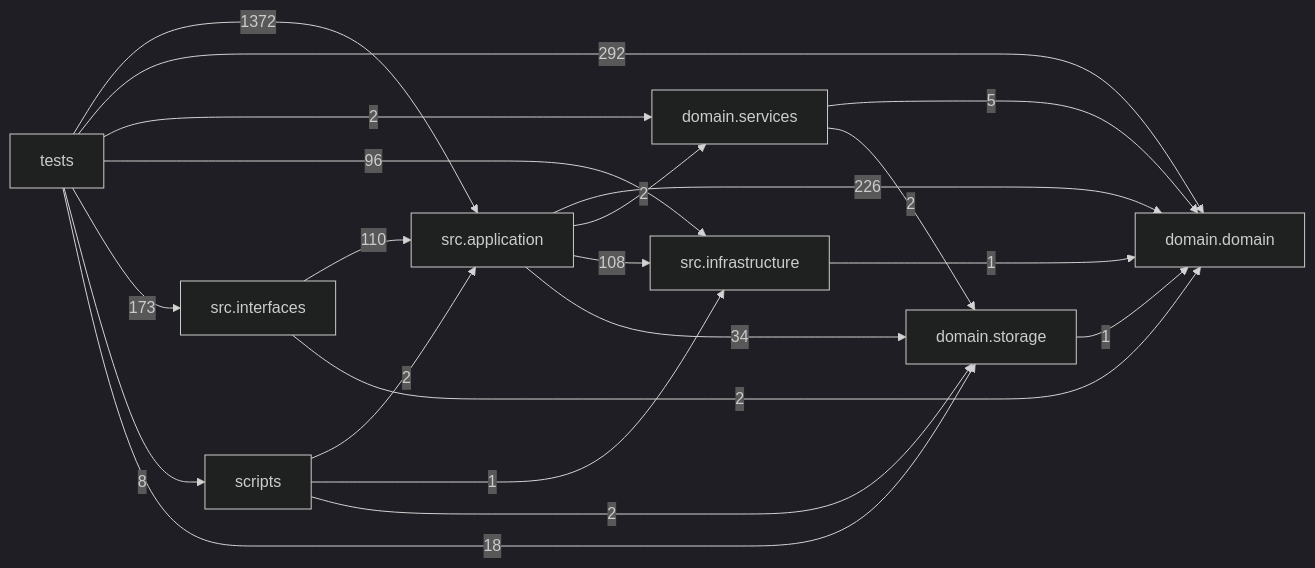
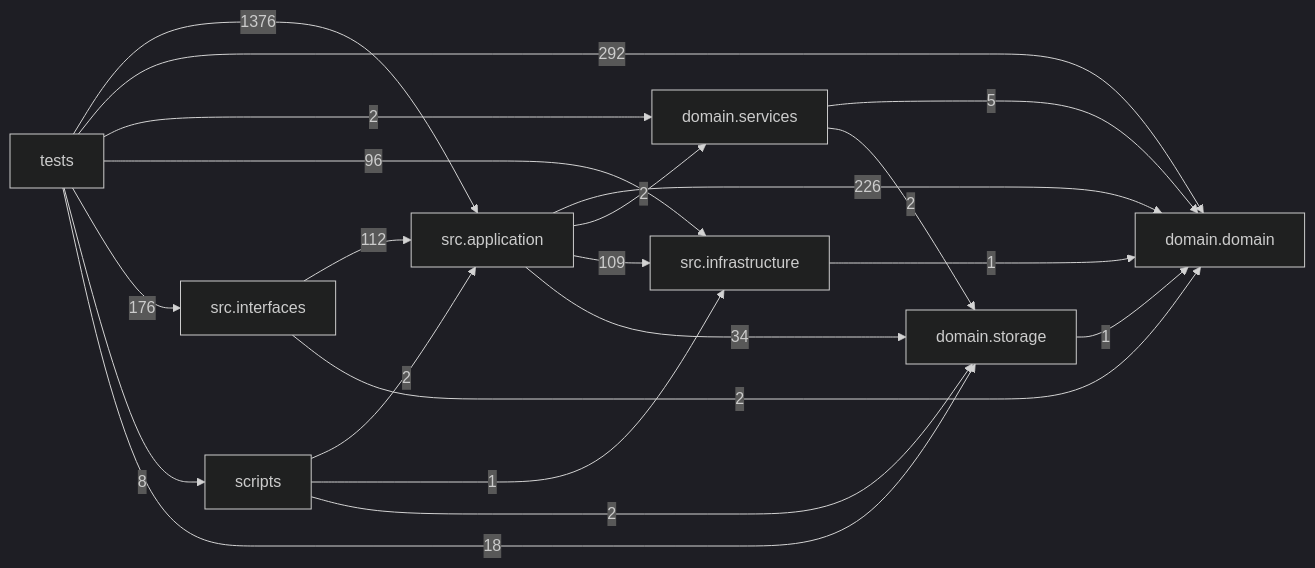
One commit to liuxie066/options-monitor changed the diagram in docs/DEPENDENCY_GRAPH.md. Above: the diagram before and after it, drawn with Mermaid (dark theme). The commit also changed other lines of this file and 18 other files, not shown here.

````diff
--- a/docs/DEPENDENCY_GRAPH.md
+++ b/docs/DEPENDENCY_GRAPH.md
@@ -24,31 +24,31 @@
 ```mermaid
 flowchart LR
   tests["tests"]
   scripts["scripts"]
   interfaces["src.interfaces"]
   application["src.application"]
   infrastructure["src.infrastructure"]
   domain_services["domain.services"]
   domain["domain.domain"]
   storage["domain.storage"]
   application -->|226| domain
   application -->|2| domain_services
-  application -->|108| infrastructure
+  application -->|109| infrastructure
   application -->|34| storage
   domain_services -->|5| domain
   domain_services -->|2| storage
   infrastructure -->|1| domain
-  interfaces -->|110| application
+  interfaces -->|112| application
   interfaces -->|2| domain
   scripts -->|2| application
   scripts -->|1| infrastructure
   scripts -->|2| storage
   storage -->|1| domain
-  tests -->|1372| application
+  tests -->|1376| application
   tests -->|292| domain
   tests -->|2| domain_services
   tests -->|96| infrastructure
-  tests -->|173| interfaces
+  tests -->|176| interfaces
   tests -->|8| scripts
   tests -->|18| storage
 ```
````
